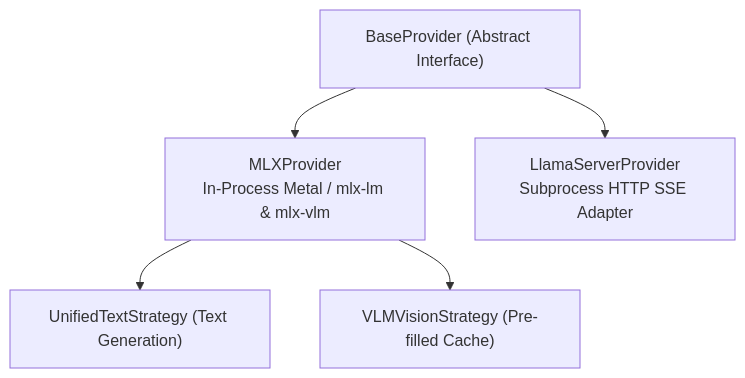
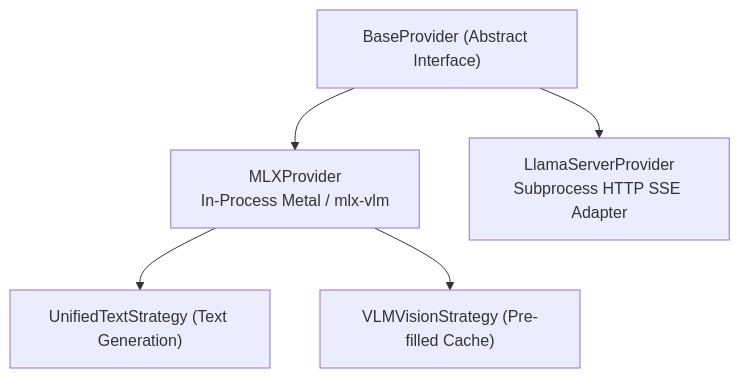
One commit to fblissjr/heylookitsanllm changed the diagram in docs/wiki/providers_architecture.md. Above: the diagram before and after it, drawn with Mermaid. The commit also changed other lines of this file and 23 other files, not shown here.

````diff
--- a/docs/wiki/providers_architecture.md
+++ b/docs/wiki/providers_architecture.md
@@ -19,9 +19,9 @@
 ```mermaid
 flowchart TD
     Base["BaseProvider (Abstract Interface)"]
-    Base --> MLX["MLXProvider<br/>In-Process Metal / mlx-lm & mlx-vlm"]
+    Base --> MLX["MLXProvider<br/>In-Process Metal / mlx-vlm"]
     Base --> GGUF["LlamaServerProvider<br/>Subprocess HTTP SSE Adapter"]
 
     MLX --> UnifiedText["UnifiedTextStrategy (Text Generation)"]
     MLX --> VLMVision["VLMVisionStrategy (Pre-filled Cache)"]
 ```
````
